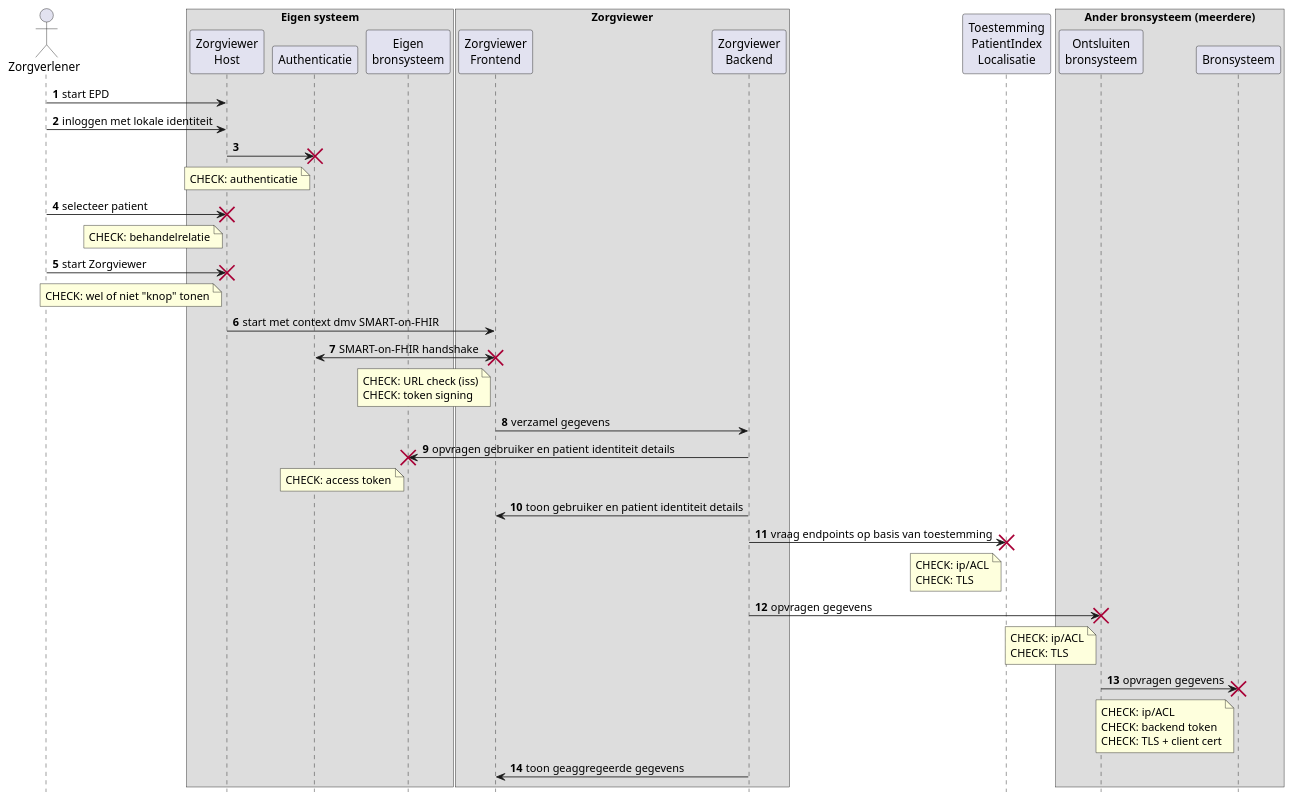
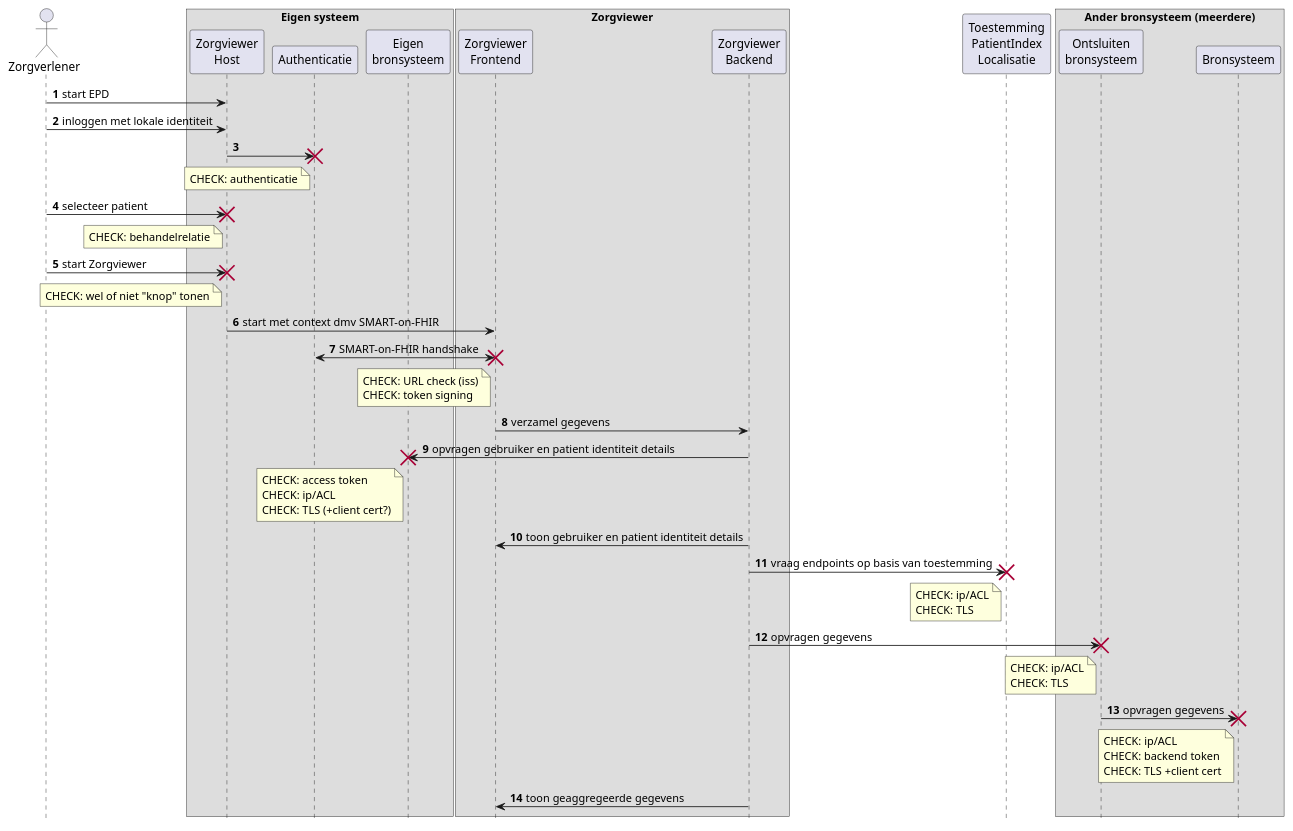
One commit to RIVO-Noord/zorgviewer-ig changed the diagram in input/images-source/Security-Design-seq.plantuml. Above: the diagram before and after it, drawn with PlantUML.

Commit message:
Edit LtB

```diff
--- a/input/images-source/Security-Design-seq.plantuml
+++ b/input/images-source/Security-Design-seq.plantuml
@@ -1,77 +1,79 @@
 @startuml
 hide footbox
 autonumber
 
 actor Zorgverlener
 box "Eigen systeem"
   participant "Zorgviewer\nHost" as Host
   participant Authenticatie
   participant "Eigen\nbronsysteem" as EBron
 end box
 box "Zorgviewer"
   participant "Zorgviewer\nFrontend" as ZVFE
   participant "Zorgviewer\nBackend" as ZVBE
 end box
 participant "Toestemming\nPatientIndex\nLocalisatie" as Toestemming
 box "Ander bronsysteem (meerdere)"
   participant "Ontsluiten\nbronsysteem" as AOBron
   participant "Bronsysteem" as ABron
 end box
 
 Zorgverlener->Host: start EPD
 Zorgverlener->Host: inloggen met lokale identiteit
 Host->Authenticatie
 note left Authenticatie
   CHECK: authenticatie
 end note
 destroy Authenticatie
 Zorgverlener->Host: selecteer patient
 note left Host
   CHECK: behandelrelatie
 end note
 destroy Host
 Zorgverlener->Host: start Zorgviewer
 destroy Host
 note left Host
   CHECK: wel of niet "knop" tonen
 end note
 
 Host->ZVFE: start met context dmv SMART-on-FHIR
 ZVFE<->Authenticatie: SMART-on-FHIR handshake
 note left ZVFE
   CHECK: URL check (iss)
   CHECK: token signing
 end note
 destroy ZVFE
 ZVFE->ZVBE: verzamel gegevens
 ZVBE->EBron: opvragen gebruiker en patient identiteit details
 note left EBron
   CHECK: access token
+  CHECK: ip/ACL
+  CHECK: TLS (+client cert?)
 end note
 destroy EBron
 ZVBE->ZVFE: toon gebruiker en patient identiteit details
 
 ZVBE->Toestemming: vraag endpoints op basis van toestemming
 note left Toestemming
   CHECK: ip/ACL
   CHECK: TLS
 end note
 destroy Toestemming
 
 ZVBE->AOBron: opvragen gegevens
 note left AOBron
   CHECK: ip/ACL
   CHECK: TLS
 end note
 destroy AOBron
 AOBron->ABron: opvragen gegevens
 note left ABron
   CHECK: ip/ACL
   CHECK: backend token
-  CHECK: TLS + client cert
+  CHECK: TLS +client cert
 end note
 destroy ABron
 
 ZVBE->ZVFE: toon geaggregeerde gegevens
 
 @enduml
```
